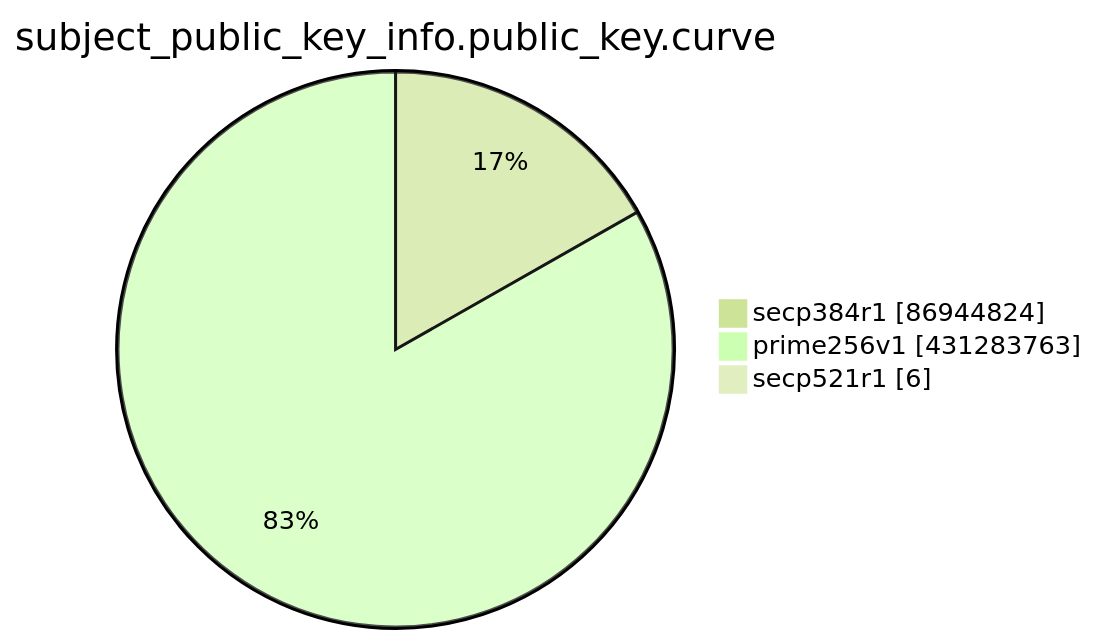
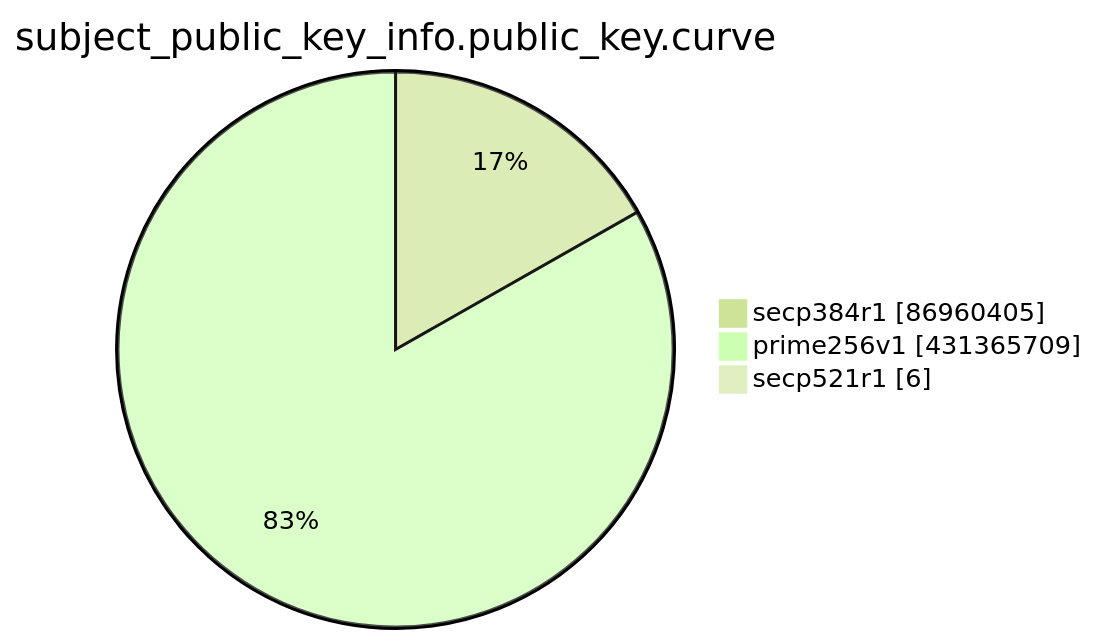
One commit to christiankrug/ctmonitor_visualization changed the eighth of 15 diagrams in TOTAL/README.md. Above: the diagram before and after it, drawn with Mermaid (forest theme). The commit also changed other lines of this file, not shown here.

````diff
--- a/TOTAL/README.md
+++ b/TOTAL/README.md
@@ -3100,7 +3100,7 @@
 ```mermaid
 pie showData
 title subject_public_key_info.public_key.curve
-"secp384r1" :86944824
-"prime256v1" :431283763
+"secp384r1" :86960405
+"prime256v1" :431365709
 "secp521r1" :6
 ```
````
